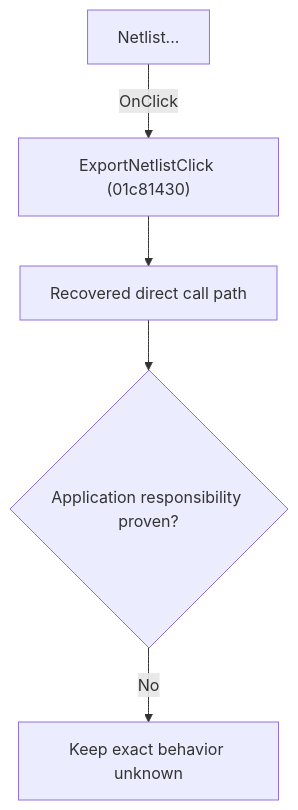
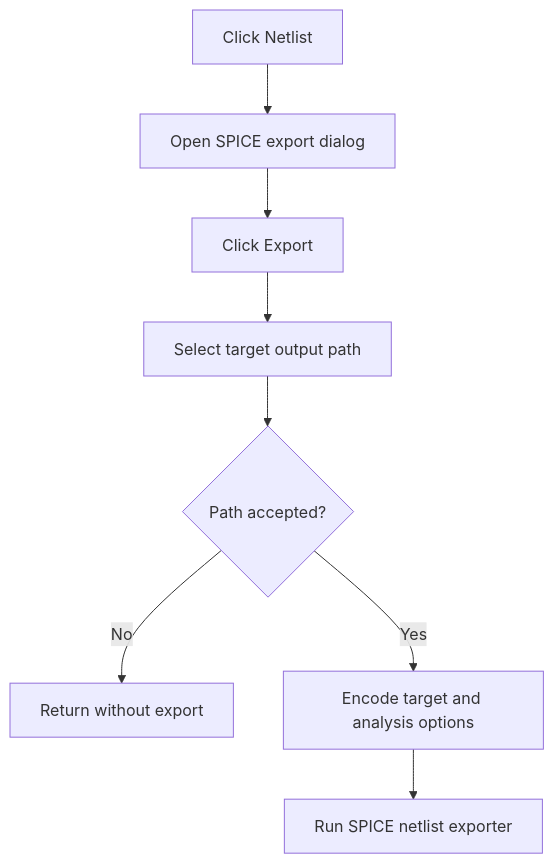
Before and after one commit to MovGP0/TIARA: the diagram in docs/ui-controls/schematiceditor/exportnetlist-0b225bb683.md, drawn with Mermaid. The commit also changed other lines of this file and 241 other files, not shown here.

````diff
--- a/docs/ui-controls/schematiceditor/exportnetlist-0b225bb683.md
+++ b/docs/ui-controls/schematiceditor/exportnetlist-0b225bb683.md
@@ -27,7 +27,10 @@
 ```mermaid
 flowchart TD
-    control["Netlist..."] -->|"OnClick"| handler["ExportNetlistClick (01c81430)"]
-    handler --> recovered["Recovered direct call path"]
-    recovered --> gap{"Application responsibility proven?"}
-    gap -->|"No"| blocked["Keep exact behavior unknown"]
+    control["Click Netlist"] --> dialog["Open SPICE export dialog"]
+    dialog --> export["Click Export"]
+    export --> save["Select target output path"]
+    save --> accepted{"Path accepted?"}
+    accepted -->|"No"| stop["Return without export"]
+    accepted -->|"Yes"| options["Encode target and analysis options"]
+    options --> write["Run SPICE netlist exporter"]
 ```
````
